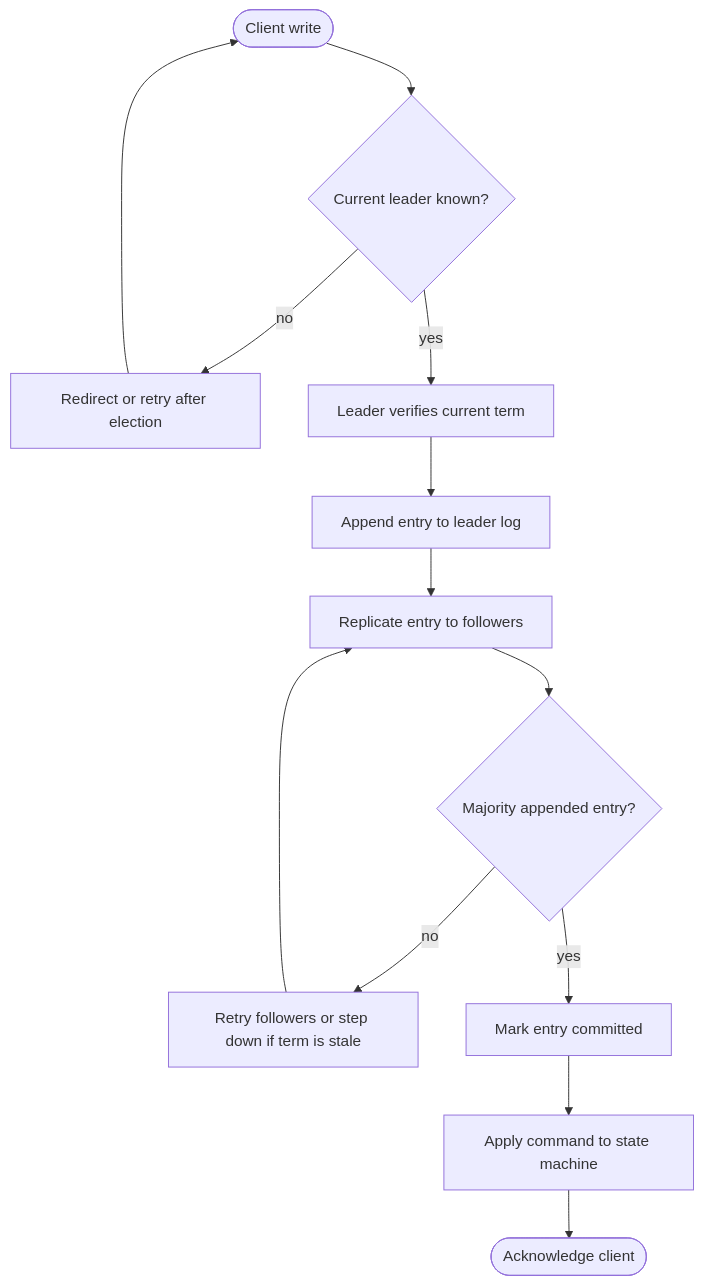
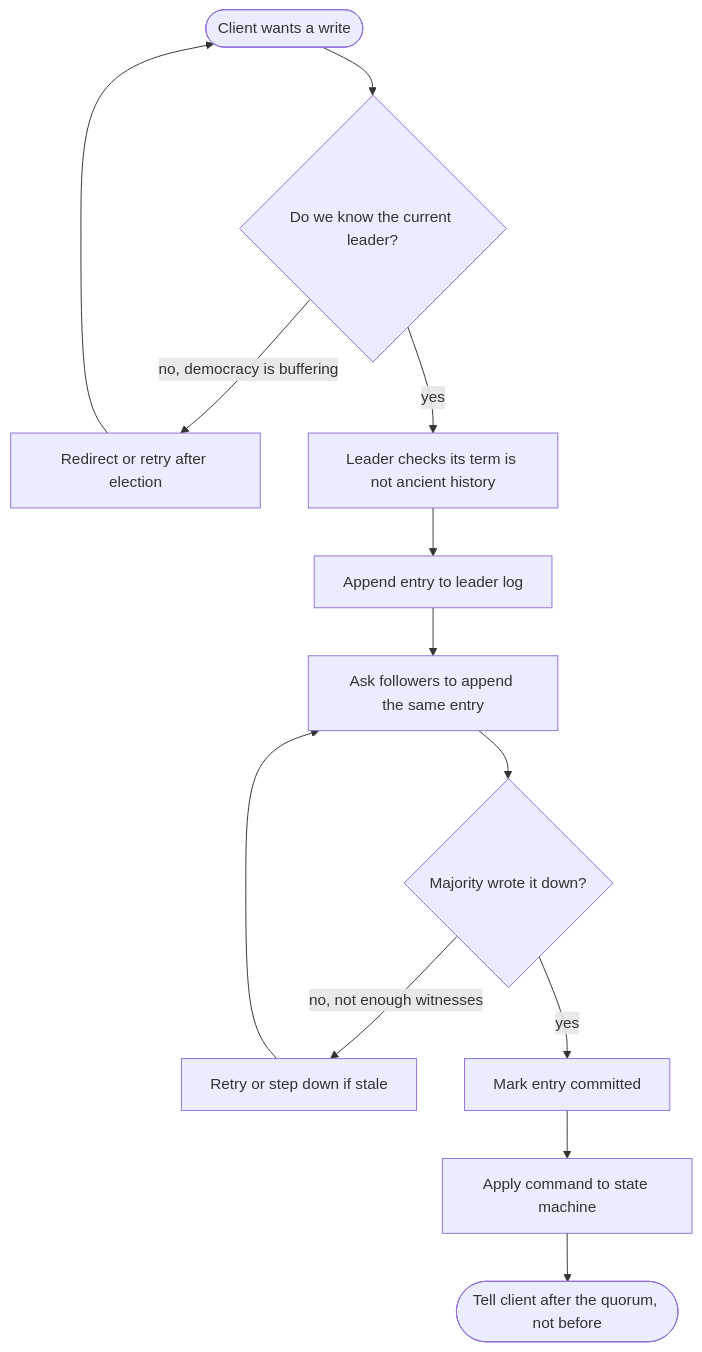
Before and after one commit to P0W/System-Design: the third of 3 diagrams in src/ch05-distribution-consensus.md, drawn with Mermaid. The commit also changed other lines of this file and 5 other files, not shown here.

Commit message:
Make diagram guidance more memorable

````diff
--- a/src/ch05-distribution-consensus.md
+++ b/src/ch05-distribution-consensus.md
@@ -94,15 +94,15 @@
 ```mermaid
 flowchart TD
-  Client([Client write]) --> Leader{Current leader known?}
-  Leader -->|no| Redirect[Redirect or retry after election]
-  Leader -->|yes| Term[Leader verifies current term]
+  Client([Client wants a write]) --> Leader{Do we know the current leader?}
+  Leader -->|no, democracy is buffering| Redirect[Redirect or retry after election]
+  Leader -->|yes| Term[Leader checks its term is not ancient history]
   Term --> Append[Append entry to leader log]
-  Append --> Replicate[Replicate entry to followers]
-  Replicate --> Majority{Majority appended entry?}
-  Majority -->|no| Retry[Retry followers or step down if term is stale]
+  Append --> Replicate[Ask followers to append the same entry]
+  Replicate --> Majority{Majority wrote it down?}
+  Majority -->|no, not enough witnesses| Retry[Retry or step down if stale]
   Retry --> Replicate
   Majority -->|yes| Commit[Mark entry committed]
   Commit --> Apply[Apply command to state machine]
-  Apply --> Ack([Acknowledge client])
+  Apply --> Ack([Tell client after the quorum, not before])
   Redirect --> Client
 ```
````
